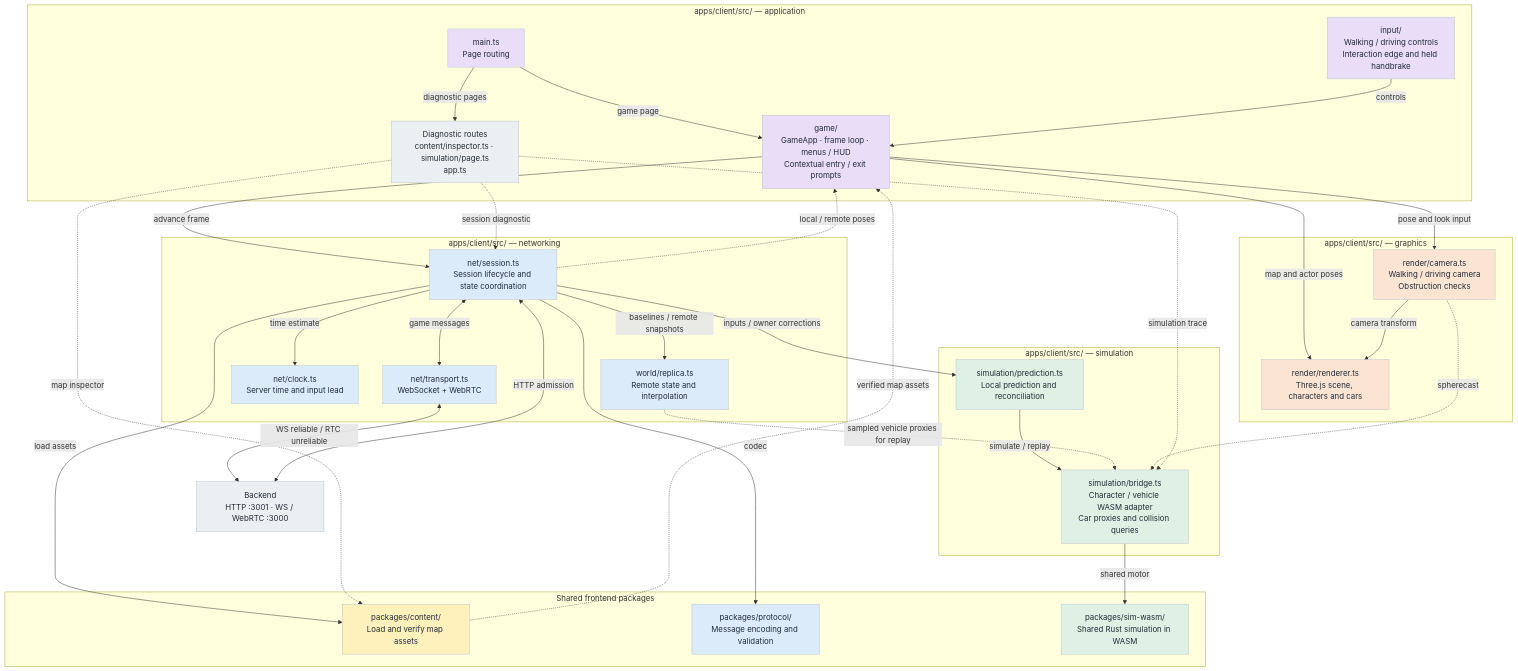
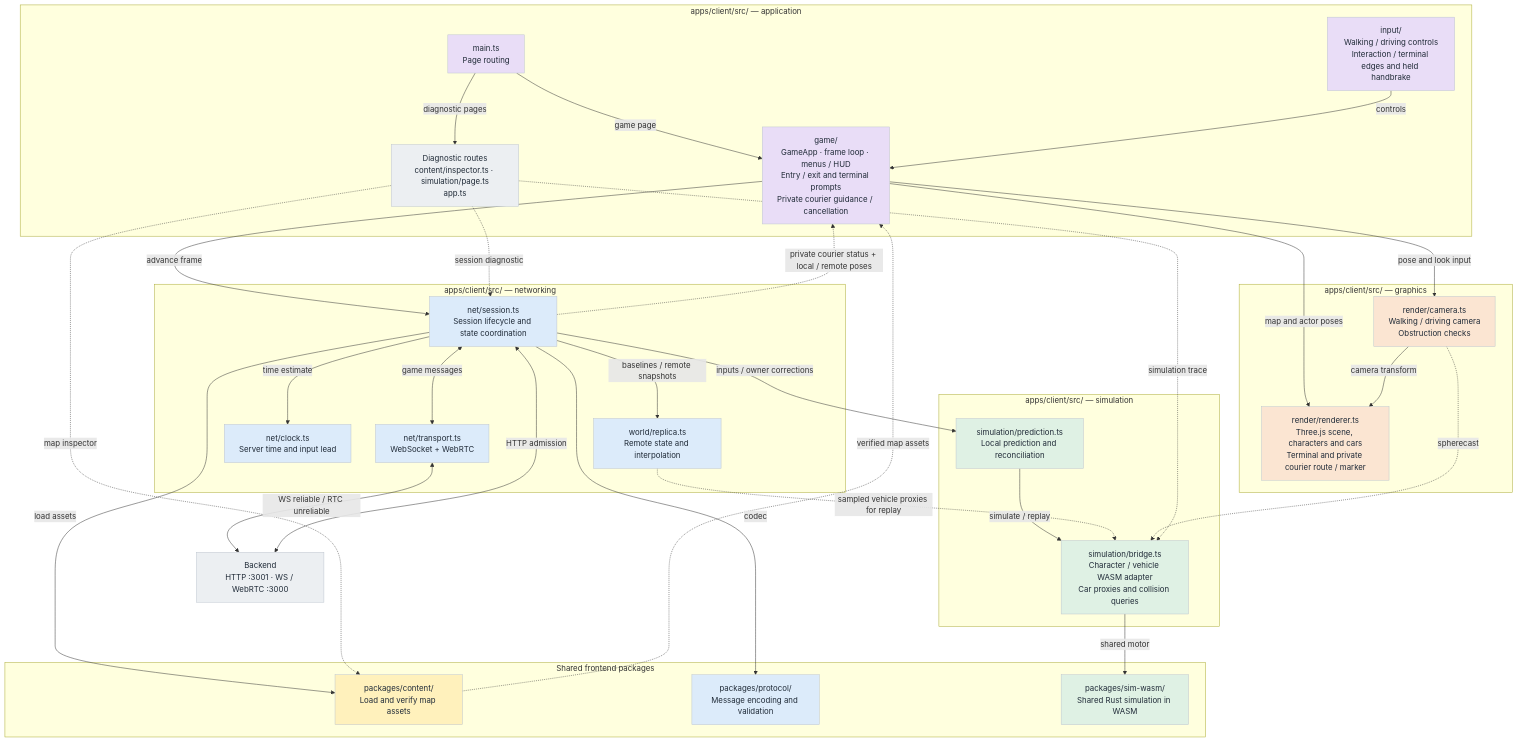
The diagram in docs/diagrams/frontend.mmd (harveynw/browser-sandbox-game), drawn with Mermaid before and after one commit. The commit also changed 24 other files, not shown here.

```diff
--- a/docs/diagrams/frontend.mmd
+++ b/docs/diagrams/frontend.mmd
@@ -1,63 +1,63 @@
-%% Frontend module system — current implementation through T10.
+%% Frontend module system — current implementation through T11.
 %% Update with module, ownership, transport or data-flow changes.
 %% Purple: orchestration; blue: networking; green: simulation;
 %% orange: graphics; yellow: content; grey: diagnostics/external.
 flowchart TD
   subgraph group_0["apps/client/src/ — application"]
     main["main.ts<br/>Page routing"]:::app
-    game["game/<br/>GameApp · frame loop · menus / HUD<br/>Contextual entry / exit prompts"]:::app
-    input["input/<br/>Walking / driving controls<br/>Interaction edge and held handbrake"]:::app
+    game["game/<br/>GameApp · frame loop · menus / HUD<br/>Entry / exit and terminal prompts<br/>Private courier guidance / cancellation"]:::app
+    input["input/<br/>Walking / driving controls<br/>Interaction / terminal edges and held handbrake"]:::app
     tools["Diagnostic routes<br/>content/inspector.ts · simulation/page.ts<br/>app.ts"]:::other
   end
   subgraph group_1["apps/client/src/ — networking"]
     session["net/session.ts<br/>Session lifecycle and state coordination"]:::net
     transport["net/transport.ts<br/>WebSocket + WebRTC"]:::net
     clock["net/clock.ts<br/>Server time and input lead"]:::net
     replica["world/replica.ts<br/>Remote state and interpolation"]:::net
   end
   subgraph group_2["apps/client/src/ — simulation"]
     prediction["simulation/prediction.ts<br/>Local prediction and reconciliation"]:::sim
     bridge["simulation/bridge.ts<br/>Character / vehicle WASM adapter<br/>Car proxies and collision queries"]:::sim
   end
   subgraph group_3["apps/client/src/ — graphics"]
-    renderer["render/renderer.ts<br/>Three.js scene, characters and cars"]:::gfx
+    renderer["render/renderer.ts<br/>Three.js scene, characters and cars<br/>Terminal and private courier route / marker"]:::gfx
     camera["render/camera.ts<br/>Walking / driving camera<br/>Obstruction checks"]:::gfx
   end
   subgraph group_4["Shared frontend packages"]
     content["packages/content/<br/>Load and verify map assets"]:::content
     protocol["packages/protocol/<br/>Message encoding and validation"]:::net
     wasm["packages/sim-wasm/<br/>Shared Rust simulation in WASM"]:::sim
   end
     backend["Backend<br/>HTTP :3001 · WS / WebRTC :3000"]:::other
 
   main -->|"game page"| game
   main -->|"diagnostic pages"| tools
   input -->|"controls"| game
   game -->|"advance frame"| session
   session <-->|"game messages"| transport
   transport <-->|"WS reliable / RTC unreliable"| backend
   session <-->|"HTTP admission"| backend
   session -->|"time estimate"| clock
   session -->|"codec"| protocol
   session -->|"inputs / owner corrections"| prediction
   prediction -->|"simulate / replay"| bridge
   bridge -->|"shared motor"| wasm
   session -->|"baselines / remote snapshots"| replica
   replica -.->|"sampled vehicle proxies for replay"| bridge
   session -->|"load assets"| content
   content -.->|"verified map assets"| game
-  session -.->|"local / remote poses"| game
+  session -.->|"private courier status + local / remote poses"| game
   game -->|"map and actor poses"| renderer
   game -->|"pose and look input"| camera
   camera -.->|"spherecast"| bridge
   camera -->|"camera transform"| renderer
   tools -.->|"session diagnostic"| session
   tools -.->|"map inspector"| content
   tools -.->|"simulation trace"| bridge
 
   classDef app fill:#E9DDF7,stroke:#BDC5CE,color:#202B38
   classDef net fill:#DCEBFA,stroke:#BDC5CE,color:#202B38
   classDef sim fill:#DFF1E4,stroke:#BDC5CE,color:#202B38
   classDef gfx fill:#FBE5D2,stroke:#BDC5CE,color:#202B38
   classDef content fill:#FFF1BC,stroke:#BDC5CE,color:#202B38
   classDef other fill:#ECEFF2,stroke:#BDC5CE,color:#202B38
```
